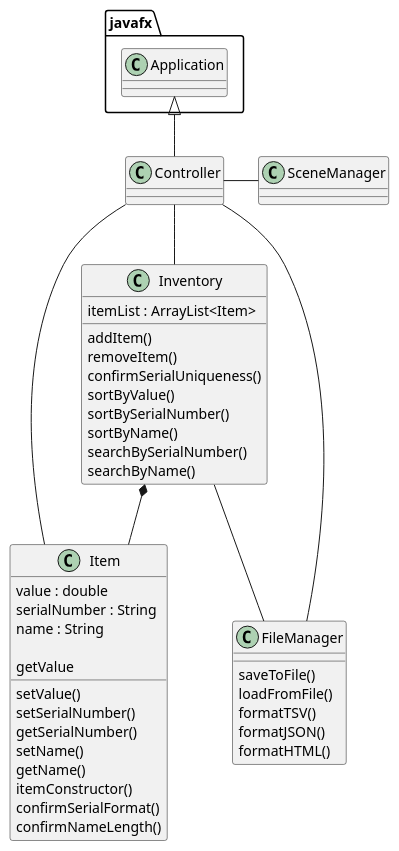
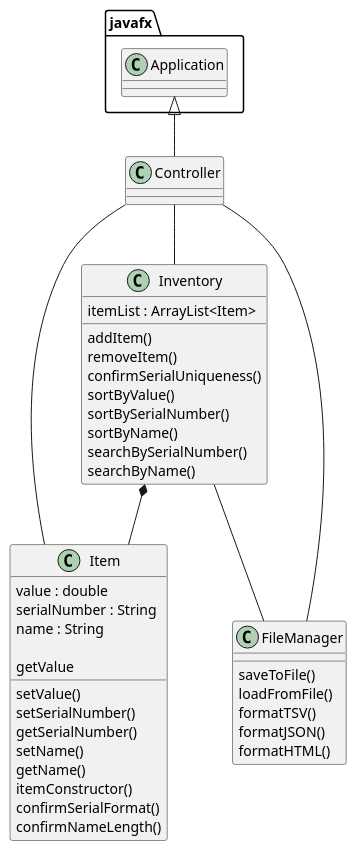
The diagram in UML/Inventory Tracker UML.puml (ehraiford/raiford-4648-a5), drawn with PlantUML before and after one commit. The commit also changed 9 other files, not shown here.

```diff
--- a/UML/Inventory Tracker UML.puml
+++ b/UML/Inventory Tracker UML.puml
@@ -1,50 +1,47 @@
 @startuml
 'https://plantuml.com/sequence-diagram
 
 javafx.Application<|-- Controller
-Controller - SceneManager
 Controller -- Inventory
 Controller - Item
-Controller - FileManager
+Controller -- FileManager
 Inventory -- FileManager
 Inventory *-- Item
 
 Class Controller {
-}
-Class SceneManager{
 }
 Class FileManager{
      saveToFile()
      loadFromFile()
      formatTSV()
      formatJSON()
      formatHTML()
 }
 Class Inventory{
      itemList : ArrayList<Item>
 
      addItem()
      removeItem()
      confirmSerialUniqueness()
      sortByValue()
      sortBySerialNumber()
      sortByName()
      searchBySerialNumber()
      searchByName()
 }
 Class Item{
      value : double
      serialNumber : String
      name : String
 
      setValue()
      getValue
      setSerialNumber()
      getSerialNumber()
      setName()
      getName()
      itemConstructor()
      confirmSerialFormat()
      confirmNameLength()
 }
 @enduml
```
